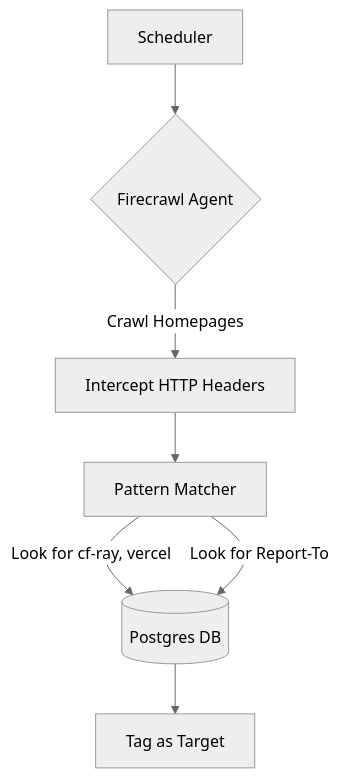
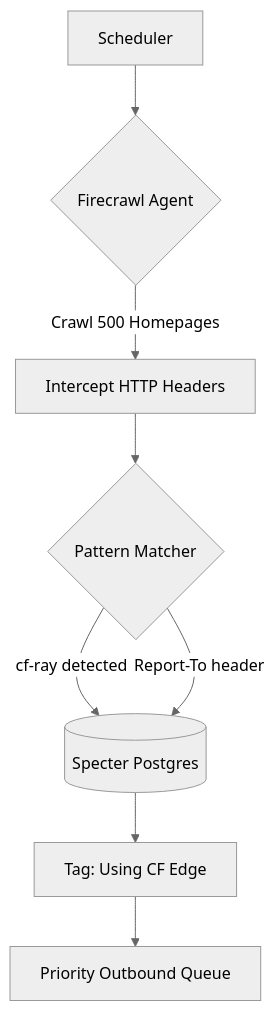
Before and after one commit to frankterpo/mermaidchart_prezi: the third of 7 diagrams in presentation/white_circle_prezi.md, drawn with Mermaid (neutral theme). The commit also changed other lines of this file, not shown here.

````diff
--- a/presentation/white_circle_prezi.md
+++ b/presentation/white_circle_prezi.md
@@ -239,9 +214,10 @@
 ```mermaid
 flowchart TD
     S[Scheduler] --> F{Firecrawl Agent}
-    F -->|Crawl Homepages| D[Intercept HTTP Headers]
-    D --> M[Pattern Matcher]
-    M -->|Look for cf-ray, vercel| DB[(Postgres DB)]
-    M -->|Look for Report-To| DB
-    DB --> O[Tag as Target]
+    F -->|Crawl 500 Homepages| H[Intercept HTTP Headers]
+    H --> M{Pattern Matcher}
+    M -->|cf-ray detected| DB[(Specter Postgres)]
+    M -->|Report-To header| DB
+    DB --> T[Tag: Using CF Edge]
+    T --> O[Priority Outbound Queue]
 ```
````
